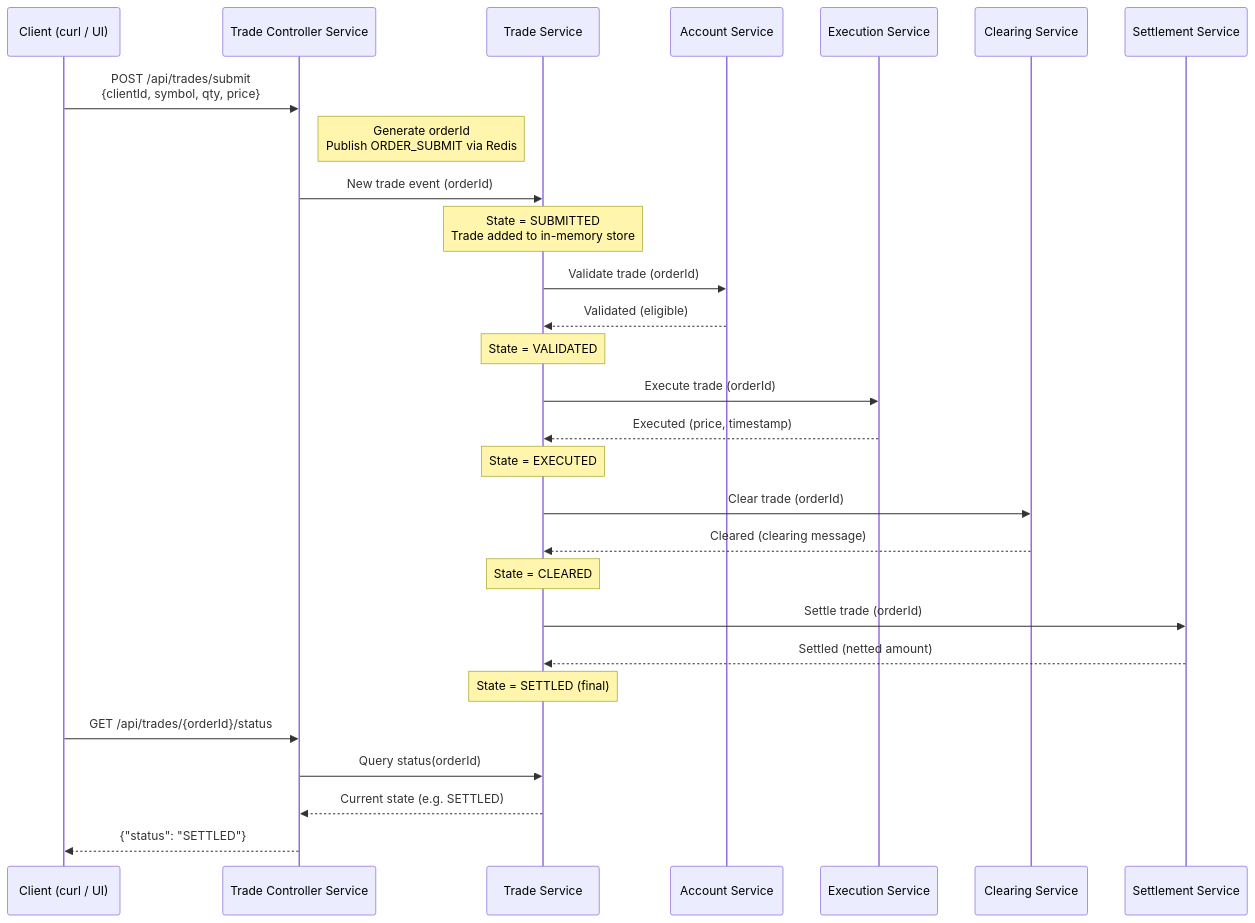
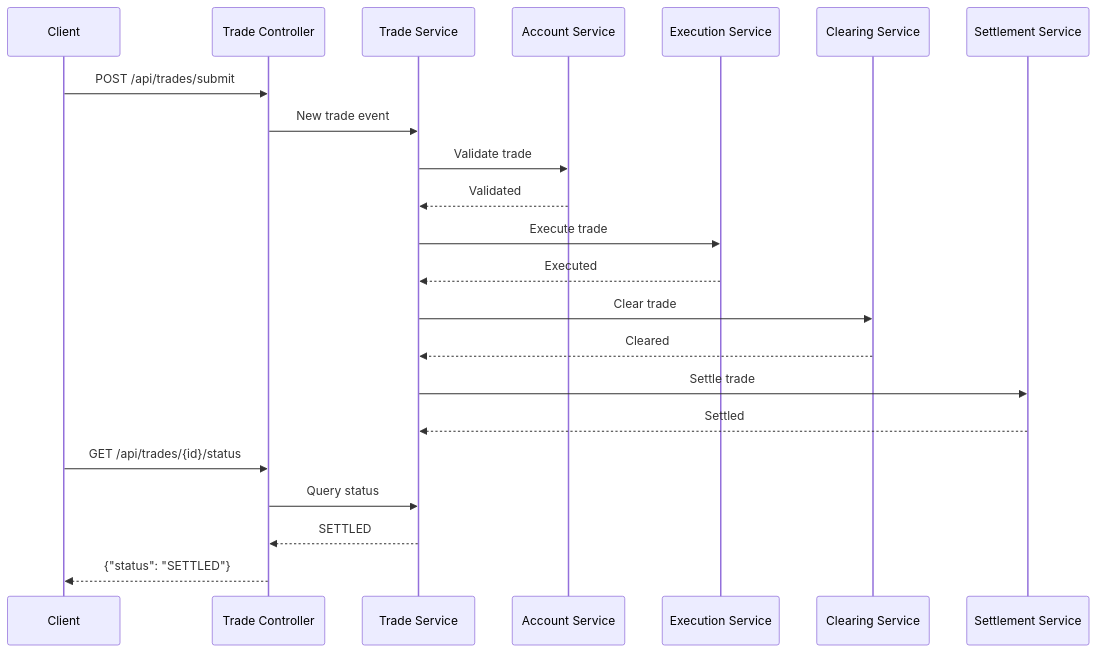
One commit to adrian-public/KlearSystem changed the second of 3 diagrams in README.md. Above: the diagram before and after it, drawn with Mermaid. The commit also changed other lines of this file, not shown here.

````diff
--- a/README.md
+++ b/README.md
@@ -282,41 +307,25 @@
 ```mermaid
 sequenceDiagram
-    participant C as Client (curl / UI)
-    participant TC as Trade Controller Service
+    participant C as Client
+    participant TC as Trade Controller
     participant TS as Trade Service
     participant AS as Account Service
     participant ES as Execution Service
     participant CS as Clearing Service
     participant SS as Settlement Service
 
-    C->>TC: POST /api/trades/submit<br/>{clientId, symbol, qty, price}
-    note right of TC: Generate orderId<br/>Publish ORDER_SUBMIT via Redis
-    TC->>TS: New trade event (orderId)
-
-    note over TS: State = SUBMITTED<br/>Trade added to in-memory store
-
-    TS->>AS: Validate trade (orderId)
-    AS-->>TS: Validated (eligible)
-
-    note over TS: State = VALIDATED
-
-    TS->>ES: Execute trade (orderId)
-    ES-->>TS: Executed (price, timestamp)
-
-    note over TS: State = EXECUTED
-
-    TS->>CS: Clear trade (orderId)
-    CS-->>TS: Cleared (clearing message)
-
-    note over TS: State = CLEARED
-
-    TS->>SS: Settle trade (orderId)
-    SS-->>TS: Settled (netted amount)
-
-    note over TS: State = SETTLED (final)
-
-    C->>TC: GET /api/trades/{orderId}/status
-    TC->>TS: Query status(orderId)
-    TS-->>TC: Current state (e.g. SETTLED)
+    C->>TC: POST /api/trades/submit
+    TC->>TS: New trade event
+    TS->>AS: Validate trade
+    AS-->>TS: Validated
+    TS->>ES: Execute trade
+    ES-->>TS: Executed
+    TS->>CS: Clear trade
+    CS-->>TS: Cleared
+    TS->>SS: Settle trade
+    SS-->>TS: Settled
+    C->>TC: GET /api/trades/{id}/status
+    TC->>TS: Query status
+    TS-->>TC: SETTLED
     TC-->>C: {"status": "SETTLED"}
 ```
````
